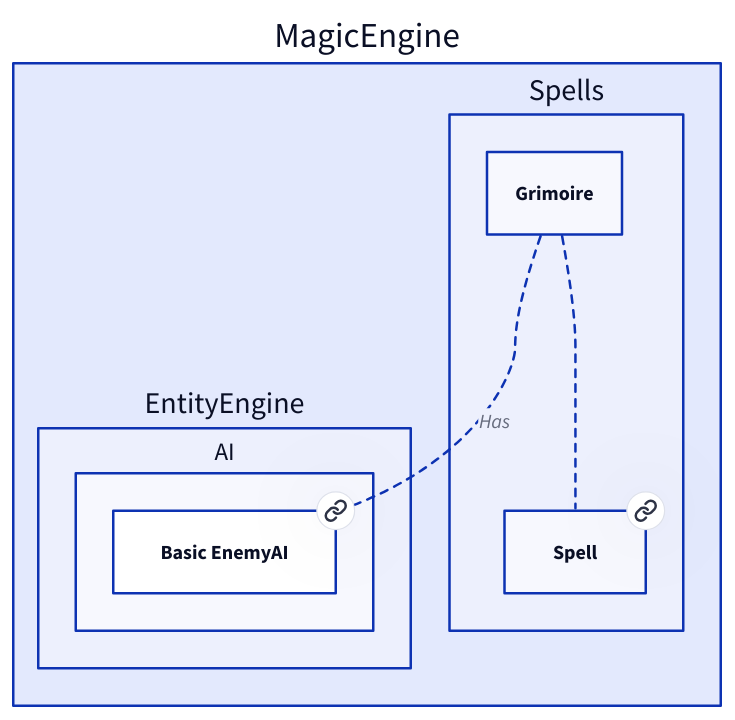
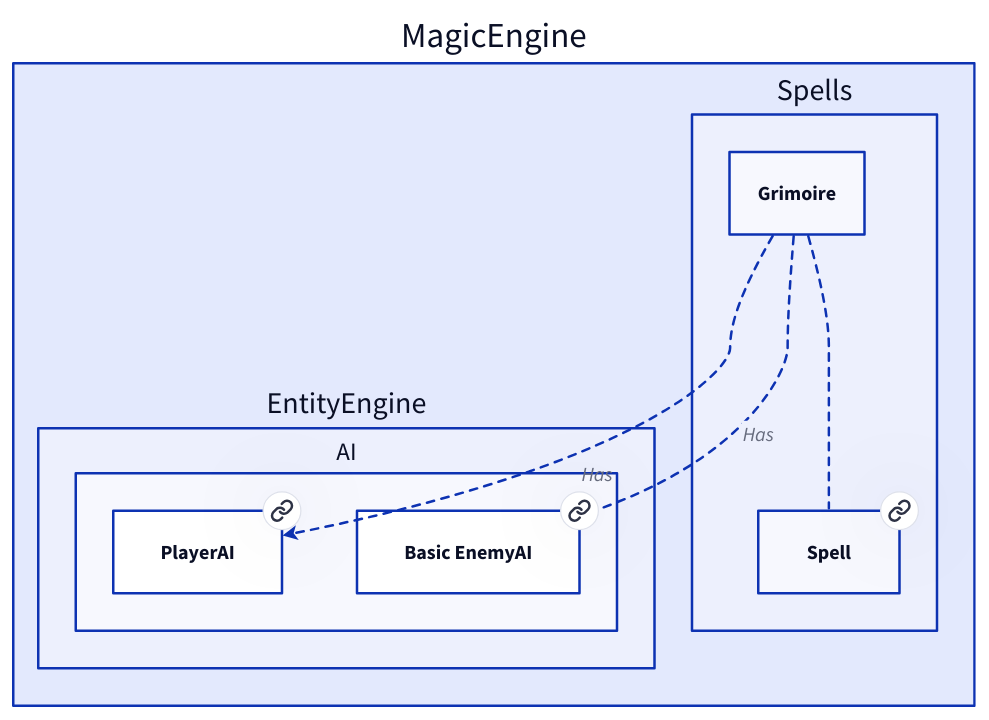
Before and after one commit to Portevent/Brume-Documentation: the diagram in doc/MagicEngine/Spells/Grimoire.md, drawn with D2. The commit also changed 26 other files, not shown here.

````diff
--- a/doc/MagicEngine/Spells/Grimoire.md
+++ b/doc/MagicEngine/Spells/Grimoire.md
@@ -11,25 +11,32 @@
 ```d2
 # Nodes :
 MagicEngine: {
     EntityEngine: {
         AI: {
+            PlayerAI: PlayerAI {
+               link: PlayerAI
+            }
             BasicEnemyAI: Basic EnemyAI {
                link: BasicEnemyAI
             }
         }
     }
     Spells: {
         Spell: Spell {
            link: Spell
         }
     }
 }
 
 # Links :
 MagicEngine.Spells.Grimoire -- MagicEngine.Spells.Spell: {style.stroke-dash: 3}
+MagicEngine.Spells.Grimoire -> MagicEngine.EntityEngine.AI.PlayerAI: Has {style.stroke-dash: 3
+source-arrowhead: {}
+target-arrowhead: {shape: arrow}
+}
 MagicEngine.Spells.Grimoire -> MagicEngine.EntityEngine.AI.BasicEnemyAI: Has {style.stroke-dash: 3
 source-arrowhead: {}
 target-arrowhead: {shape: arrow}
 }
 
 ```
````
